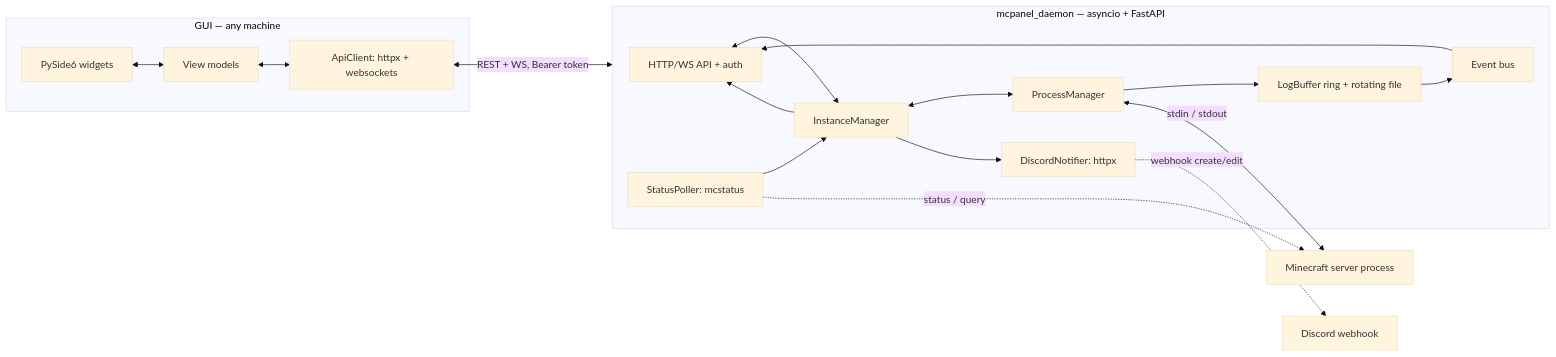
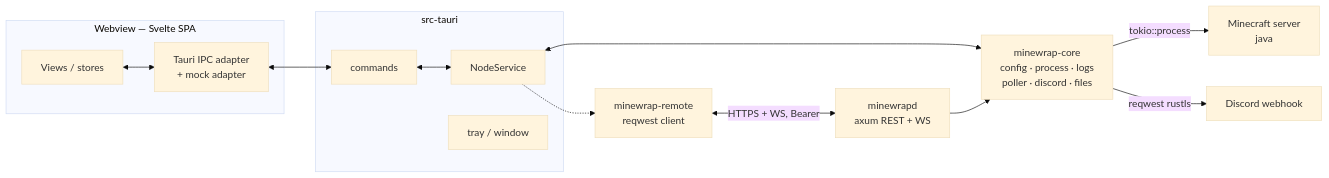
One commit to longme179/Minewrap changed the first of 2 diagrams in ARCHITECTURE.md. Above: the diagram before and after it, drawn with Mermaid (base theme). The commit also changed other lines of this file and 88 other files, not shown here.

````diff
--- a/ARCHITECTURE.md
+++ b/ARCHITECTURE.md
@@ -19,27 +8,25 @@
 ```mermaid
 flowchart LR
-    subgraph GUI machine [GUI — any machine]
-        Qt[PySide6 widgets] <--> VM[View models]
-        VM <--> AC[ApiClient: httpx + websockets]
+    subgraph UI [Webview — Svelte SPA]
+        V[Views / stores]
+        IPC[Tauri IPC adapter<br/>+ mock adapter]
+        V <--> IPC
     end
 
-    AC <-->|REST + WS, Bearer token| DAEMON
-
-    subgraph DAEMON [mcpanel_daemon — asyncio + FastAPI]
-        API[HTTP/WS API + auth]
-        IM[InstanceManager]
-        PM[ProcessManager]
-        LB[LogBuffer ring + rotating file]
-        PO[StatusPoller: mcstatus]
-        DN[DiscordNotifier: httpx]
-        EV[Event bus]
-        API <--> IM <--> PM
-        PM --> LB --> EV --> API
-        PO --> IM --> API
-        IM --> DN
+    subgraph TAURI [src-tauri]
+        Cmd[commands]
+        NodeSvc[NodeService]
+        Tray[tray / window]
+        Cmd <--> NodeSvc
     end
 
-    PM <-->|stdin / stdout| MC[Minecraft server process]
-    PO -.->|status / query| MC
-    DN -.->|webhook create/edit| DW[Discord webhook]
+    NodeSvc <--> Core[minewrap-core<br/>config · process · logs<br/>poller · discord · files]
+    NodeSvc -.-> Remote[minewrap-remote<br/>reqwest client]
+
+    IPC <--> Cmd
+    Remote <-->|HTTPS + WS, Bearer| Daemon[minewrapd<br/>axum REST + WS]
+    Daemon --> Core
+
+    Core -->|tokio::process| MC[Minecraft server<br/>java]
+    Core -->|reqwest rustls| DW[Discord webhook]
 ```
````
